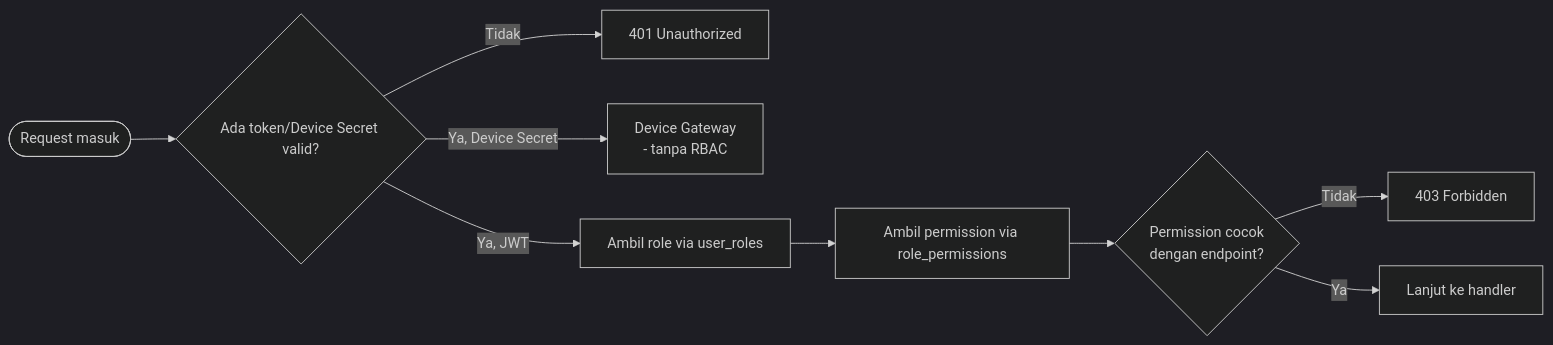
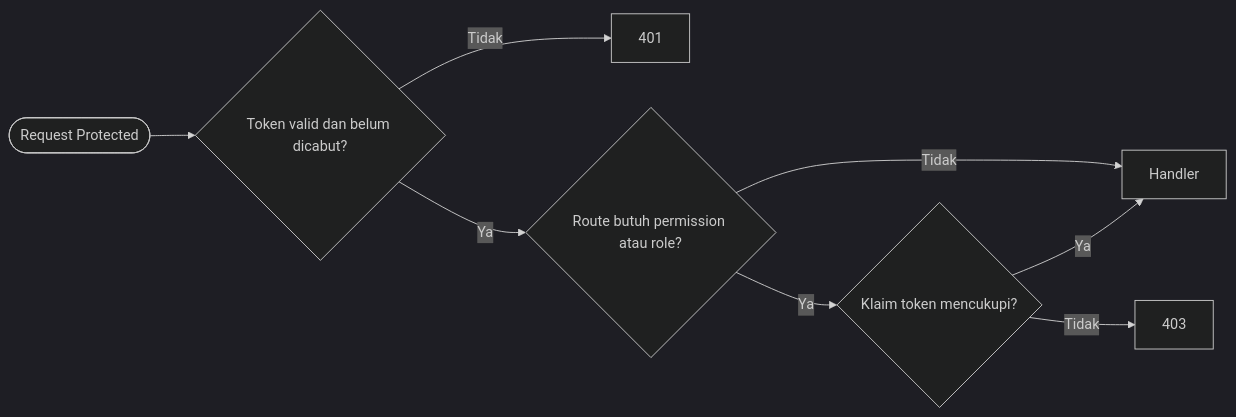
One commit to Vextronode/sigap_app changed the diagram in docs/architecture/04_security_architecture.md. Above: the diagram before and after it, drawn with Mermaid (dark theme). The commit also changed other lines of this file and 97 other files, not shown here.

````diff
--- a/docs/architecture/04_security_architecture.md
+++ b/docs/architecture/04_security_architecture.md
@@ -23,13 +16,10 @@
 ```mermaid
 flowchart LR
-    Req([Request masuk]) --> CheckAuth{Ada token/Device Secret valid?}
-    CheckAuth -- Tidak --> Reject401[401 Unauthorized]
-    CheckAuth -- Ya, Device Secret --> DeviceFlow[Device Gateway
-    - tanpa RBAC]
-    CheckAuth -- Ya, JWT --> ResolveRole[Ambil role via user_roles]
-    ResolveRole --> ResolvePerm[Ambil permission via role_permissions]
-    ResolvePerm --> CheckPerm{Permission cocok
-    dengan endpoint?}
-    CheckPerm -- Tidak --> Reject403[403 Forbidden]
-    CheckPerm -- Ya --> Allow[Lanjut ke handler]
+    Req([Request Protected]) --> Token{Token valid dan belum dicabut?}
+    Token -- Tidak --> R401[401]
+    Token -- Ya --> Need{Route butuh permission atau role?}
+    Need -- Tidak --> Allow[Handler]
+    Need -- Ya --> Claim{Klaim token mencukupi?}
+    Claim -- Tidak --> R403[403]
+    Claim -- Ya --> Allow
 ```
````
